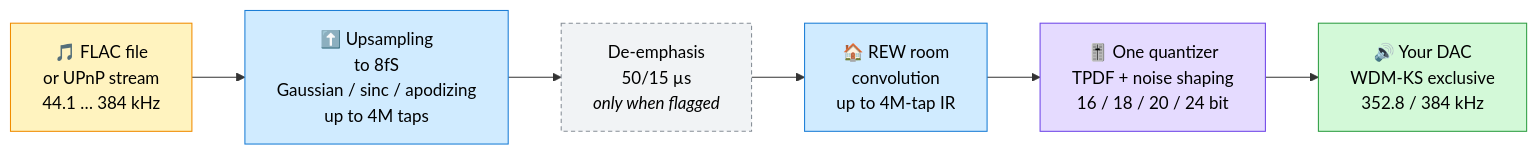
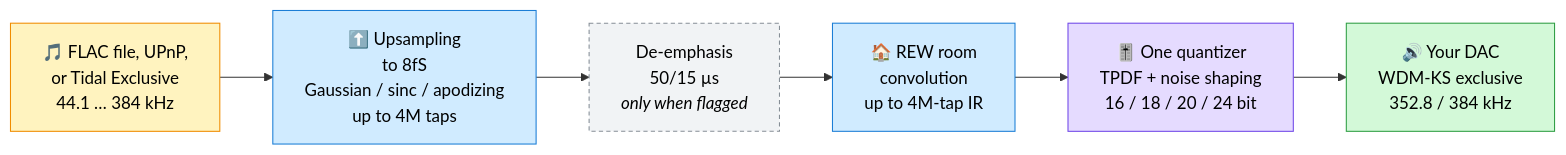
One commit to androxylo/audiophile_player changed the first of 3 diagrams in README.md. Above: the diagram before and after it, drawn with Mermaid. The commit also changed other lines of this file and 17 other files, not shown here.

````diff
--- a/README.md
+++ b/README.md
@@ -18,17 +19,17 @@
 ```mermaid
 flowchart LR
-    SRC["🎵 FLAC file<br/>or UPnP stream<br/>44.1 … 384 kHz"]:::src
+    SRC["🎵 FLAC file, UPnP,<br/>or Tidal Exclusive<br/>44.1 … 384 kHz"]:::src
     UP["⬆️ Upsampling<br/>to 8fS<br/>Gaussian / sinc / apodizing<br/>up to 4M taps"]:::dsp
     DE["De-emphasis<br/>50/15 µs<br/><i>only when flagged</i>"]:::opt
     REW["🏠 REW room<br/>convolution<br/>up to 4M-tap IR"]:::dsp
     Q["🎚️ One quantizer<br/>TPDF + noise shaping<br/>16 / 18 / 20 / 24 bit"]:::q
     DAC["🔊 Your DAC<br/>WDM-KS exclusive<br/>352.8 / 384 kHz"]:::dac
 
     SRC --> UP --> DE --> REW --> Q --> DAC
 
     classDef src fill:#fff3bf,stroke:#f08c00,color:#000
     classDef dsp fill:#d0ebff,stroke:#1c7ed6,color:#000
     classDef opt fill:#f1f3f5,stroke:#868e96,color:#000,stroke-dasharray: 4 3
     classDef q fill:#e5dbff,stroke:#7048e8,color:#000
     classDef dac fill:#d3f9d8,stroke:#2f9e44,color:#000
 ```
````
